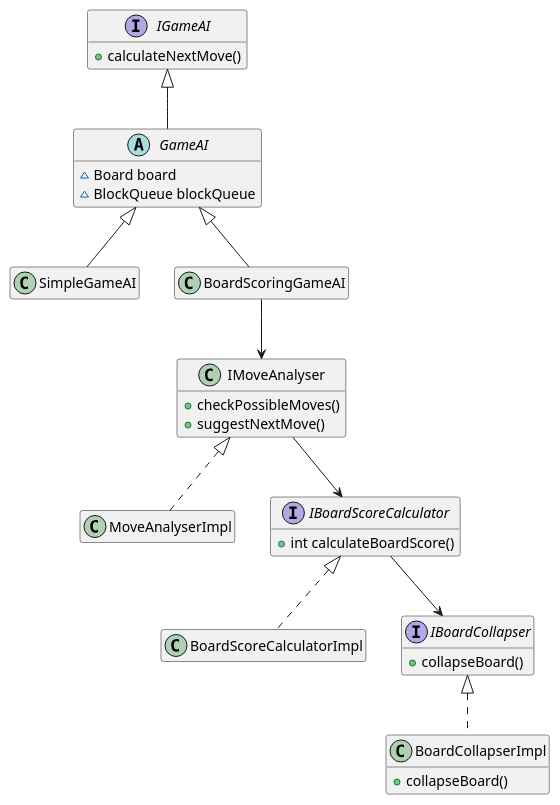
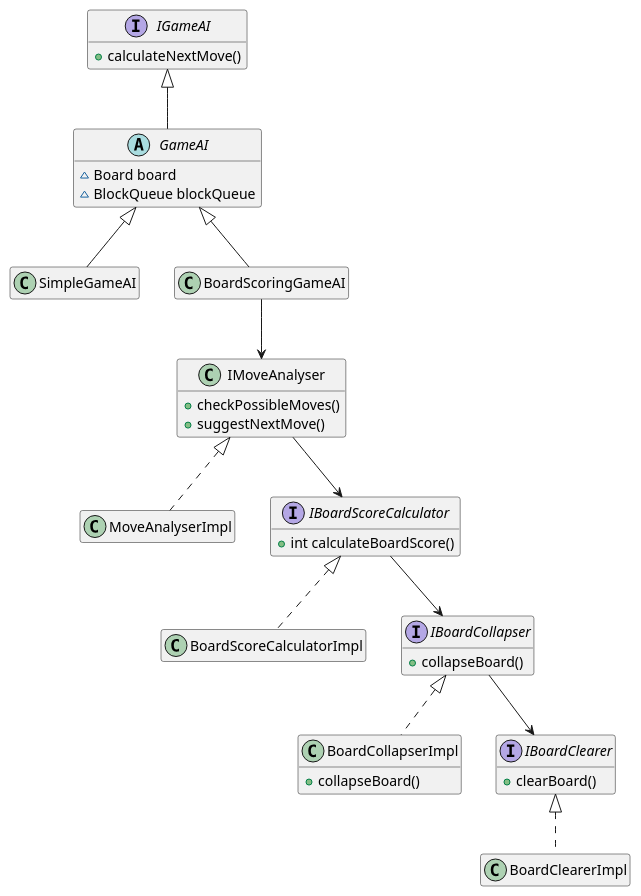
Before and after one commit to binu-manoharan/CGBF: the diagram in docs/board-scoring-game-ai.puml, drawn with PlantUML. The commit also changed 3 other files, not shown here.

Commit message:
Initial draft of board collapser

```diff
--- a/docs/board-scoring-game-ai.puml
+++ b/docs/board-scoring-game-ai.puml
@@ -1,49 +1,57 @@
 @startuml
 
 hide empty fields
 hide empty method
 
 interface IGameAI {
     + calculateNextMove()
 }
 abstract class GameAI extends IGameAI {
     ~ Board board
     ~ BlockQueue blockQueue
 
 }
 
 class SimpleGameAI extends GameAI {
 
 }
 
 class BoardScoringGameAI extends GameAI {
 }
 
 class IMoveAnalyser {
     + checkPossibleMoves()
     + suggestNextMove()
 }
 
 class MoveAnalyserImpl implements IMoveAnalyser{
 }
 
 interface IBoardScoreCalculator {
    + int calculateBoardScore()
 }
 
 class BoardScoreCalculatorImpl implements IBoardScoreCalculator {
 
 }
 
 interface IBoardCollapser {
     + collapseBoard()
 }
 
 class BoardCollapserImpl implements IBoardCollapser{
     + collapseBoard()
 }
 
+interface IBoardClearer {
+    + clearBoard()
+}
+
+class BoardClearerImpl implements IBoardClearer {
+}
+
 BoardScoringGameAI --> IMoveAnalyser
 IMoveAnalyser --> IBoardScoreCalculator
 IBoardScoreCalculator --> IBoardCollapser
+IBoardCollapser --> IBoardClearer
 @enduml
```
